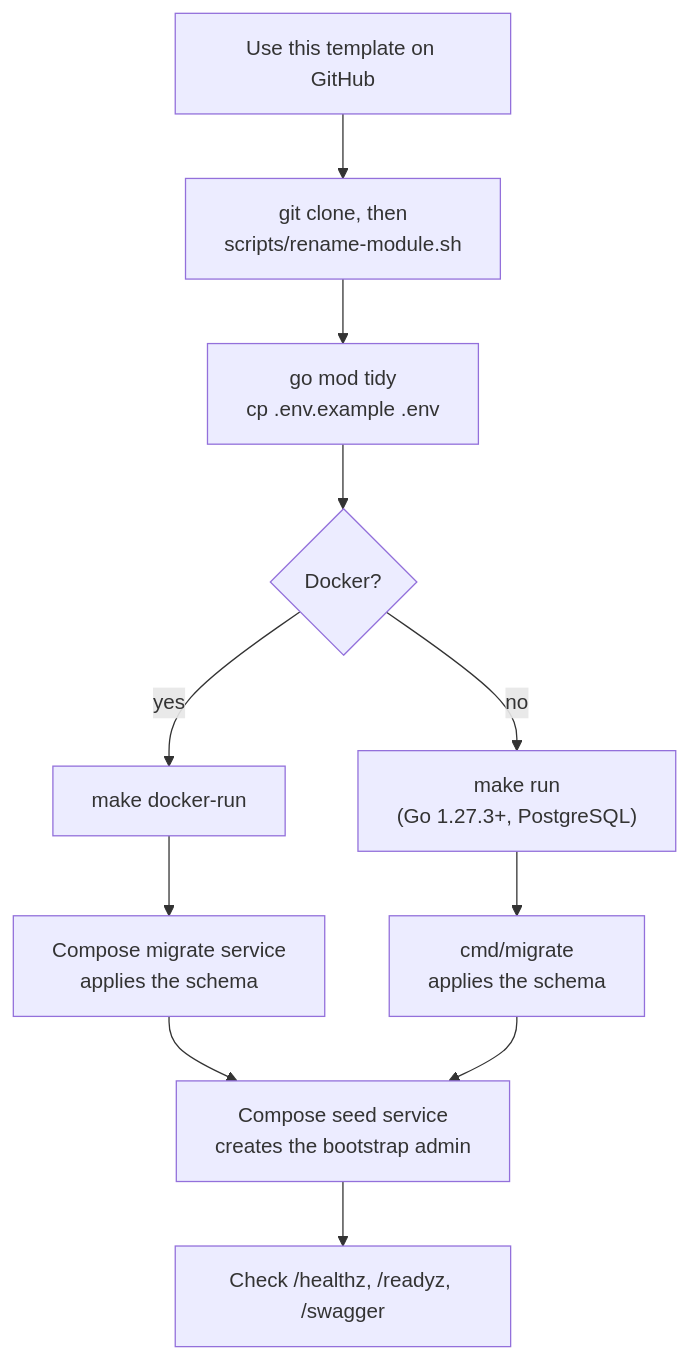
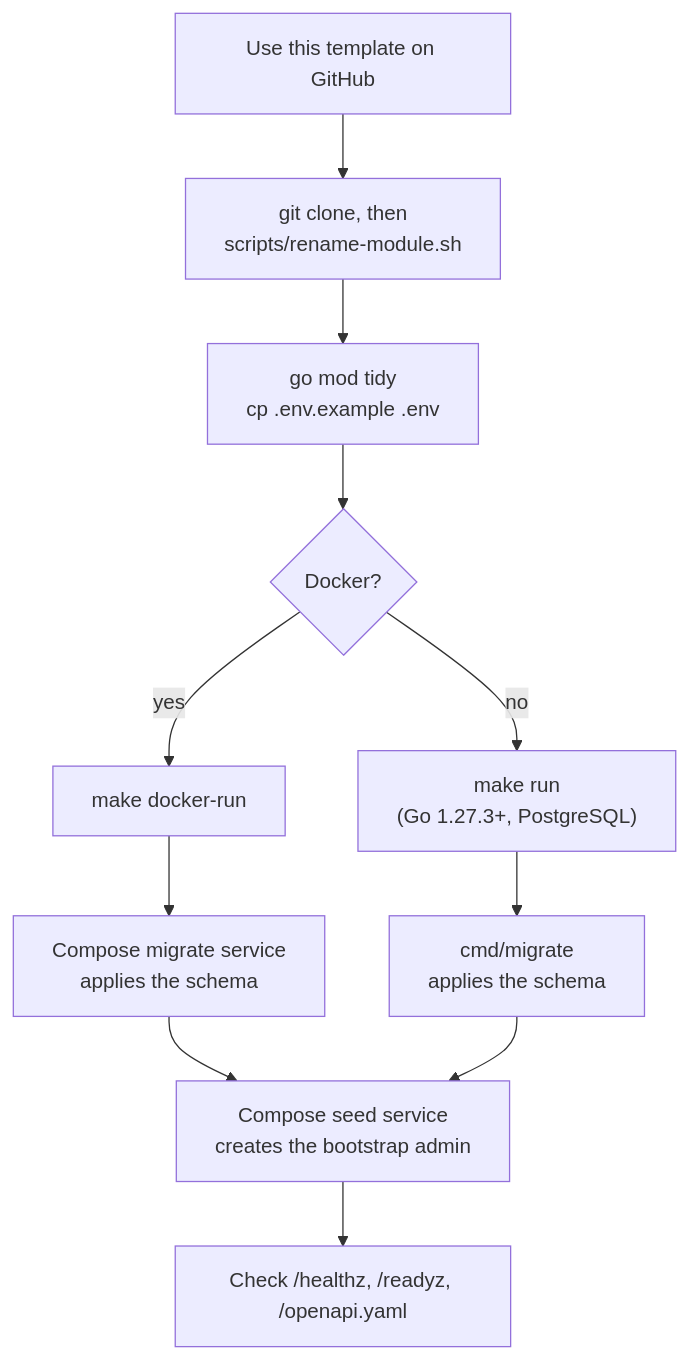
One commit to chuanghiduoc/fiber-golang-boilerplate changed the second of 2 diagrams in README.md. Above: the diagram before and after it, drawn with Mermaid. The commit also changed other lines of this file and 911 other files, not shown here.

````diff
--- a/README.md
+++ b/README.md
@@ -92,13 +94,13 @@
 ```mermaid
 flowchart TD
     A["Use this template on GitHub"] --> B["git clone, then<br/>scripts/rename-module.sh"]
     B --> C["go mod tidy<br/>cp .env.example .env"]
     C --> D{Docker?}
     D -->|yes| E["make docker-run"]
     D -->|no| F["make run<br/>(Go 1.27.3+, PostgreSQL)"]
     E --> G["Compose migrate service<br/>applies the schema"]
     F --> H["cmd/migrate<br/>applies the schema"]
     G --> I["Compose seed service<br/>creates the bootstrap admin"]
     H --> I
-    I --> J["Check /healthz, /readyz, /swagger"]
+    I --> J["Check /healthz, /readyz, /openapi.yaml"]
 ```
````
